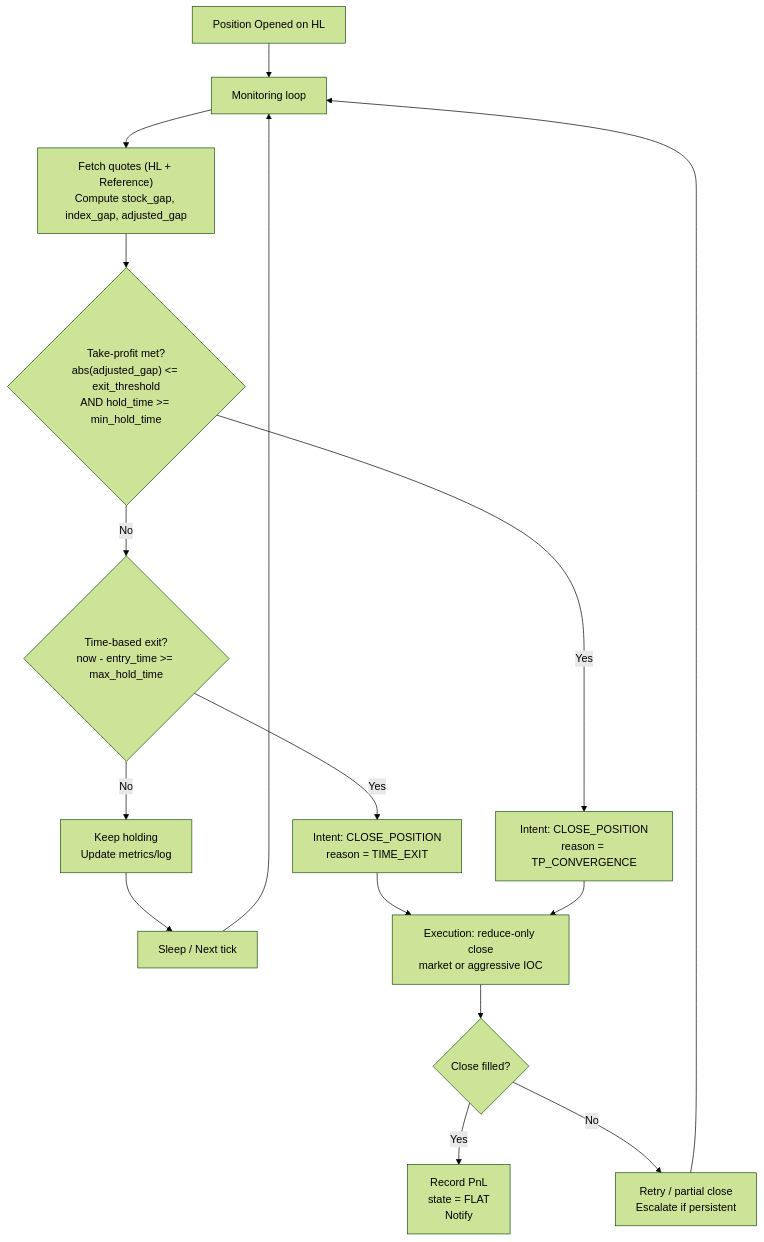
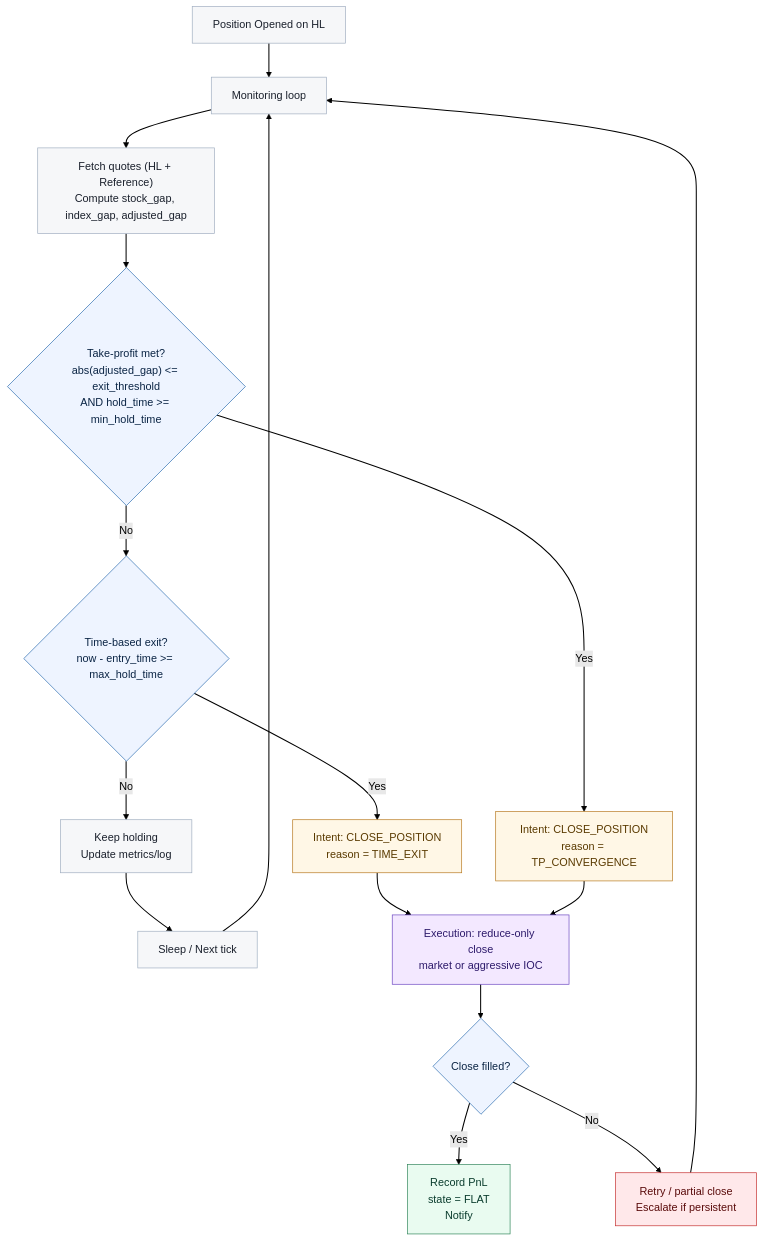
One commit to zehuadu-svg/arbitrage-demo changed the diagram in mis-pricing/take_profit.mmd. Above: the diagram before and after it, drawn with Mermaid (forest theme). The commit also changed 9 other files, not shown here.

```diff
--- a/mis-pricing/take_profit.mmd
+++ b/mis-pricing/take_profit.mmd
@@ -1,17 +1,34 @@
 flowchart TD
   A["Position Opened on HL"] --> B["Monitoring loop"]
   B --> C["Fetch quotes (HL + Reference)<br/>Compute stock_gap, index_gap, adjusted_gap"]
 
-  C --> D{"Take-profit met?<br/>abs(adjusted_gap) <= exit_threshold<br/>AND hold_time >= min_hold_time"}
-  D -- "No" --> E{"Time-based exit?<br/>now - entry_time >= max_hold_time"}
+  C --> D{"Take-profit met?<br/>abs(adjusted_gap) &lt;= exit_threshold<br/>AND hold_time &gt;= min_hold_time"}
+  D -- "No" --> E{"Time-based exit?<br/>now - entry_time &gt;= max_hold_time"}
   E -- "No" --> F["Keep holding<br/>Update metrics/log"] --> G["Sleep / Next tick"] --> B
 
   D -- "Yes" --> I["Intent: CLOSE_POSITION<br/>reason = TP_CONVERGENCE"]
   E -- "Yes" --> H["Intent: CLOSE_POSITION<br/>reason = TIME_EXIT"]
 
   H --> J["Execution: reduce-only close<br/>market or aggressive IOC"]
   I --> J
 
   J --> K{"Close filled?"}
   K -- "Yes" --> L["Record PnL<br/>state = FLAT<br/>Notify"]
   K -- "No" --> M["Retry / partial close<br/>Escalate if persistent"] --> B
+
+  %% ---------- Styling (subtle) ----------
+  classDef decision fill:#EEF4FF,stroke:#2B6CB0,stroke-width:1px,color:#0B2545;
+  classDef loop fill:#F6F7F9,stroke:#A0AEC0,stroke-width:1px,color:#1A202C;
+  classDef intent fill:#FFF7E6,stroke:#B7791F,stroke-width:1px,color:#5A3A00;
+  classDef exec fill:#F3E8FF,stroke:#6B46C1,stroke-width:1px,color:#2D1A6B;
+  classDef ok fill:#E9FBF0,stroke:#2F855A,stroke-width:1px,color:#0B3D2E;
+  classDef warn fill:#FFE8EA,stroke:#C53030,stroke-width:1px,color:#5A0B0B;
+
+  class D,E,K decision;
+  class A,B,C,F,G loop;
+  class H,I intent;
+  class J exec;
+  class L ok;
+  class M warn;
+
+  linkStyle default stroke-width:1.5px;
```
